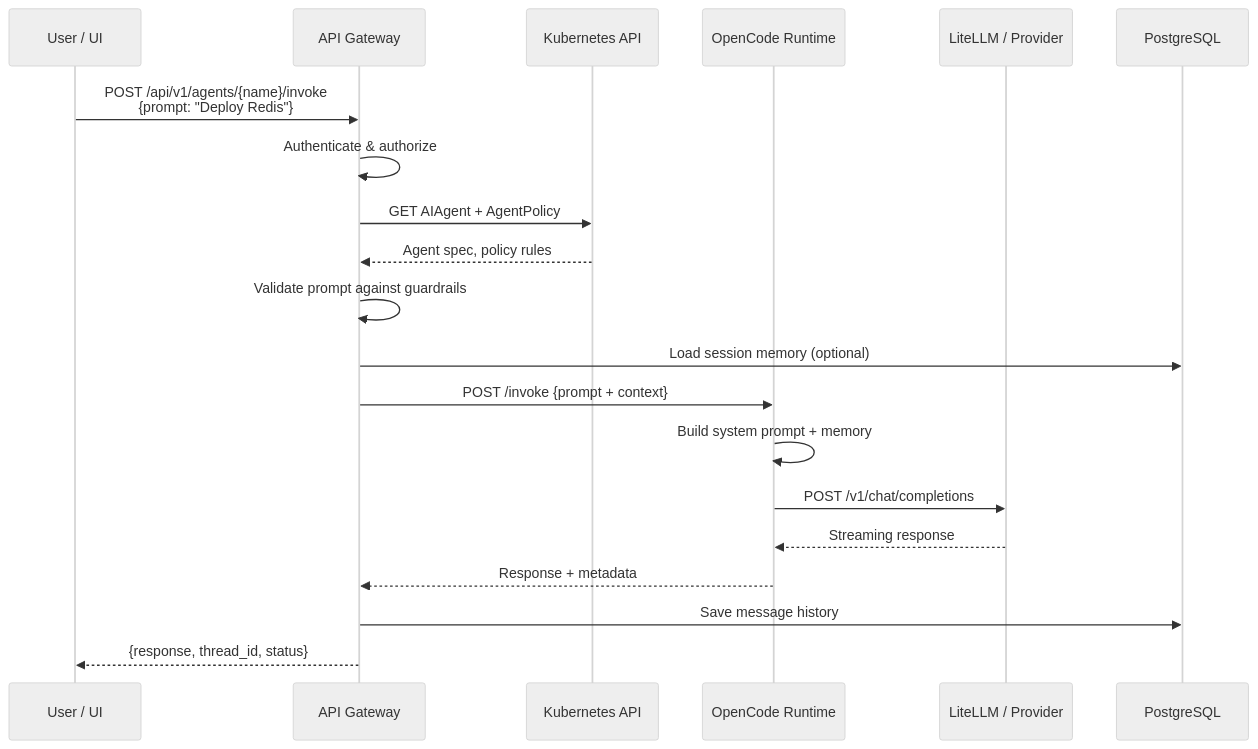
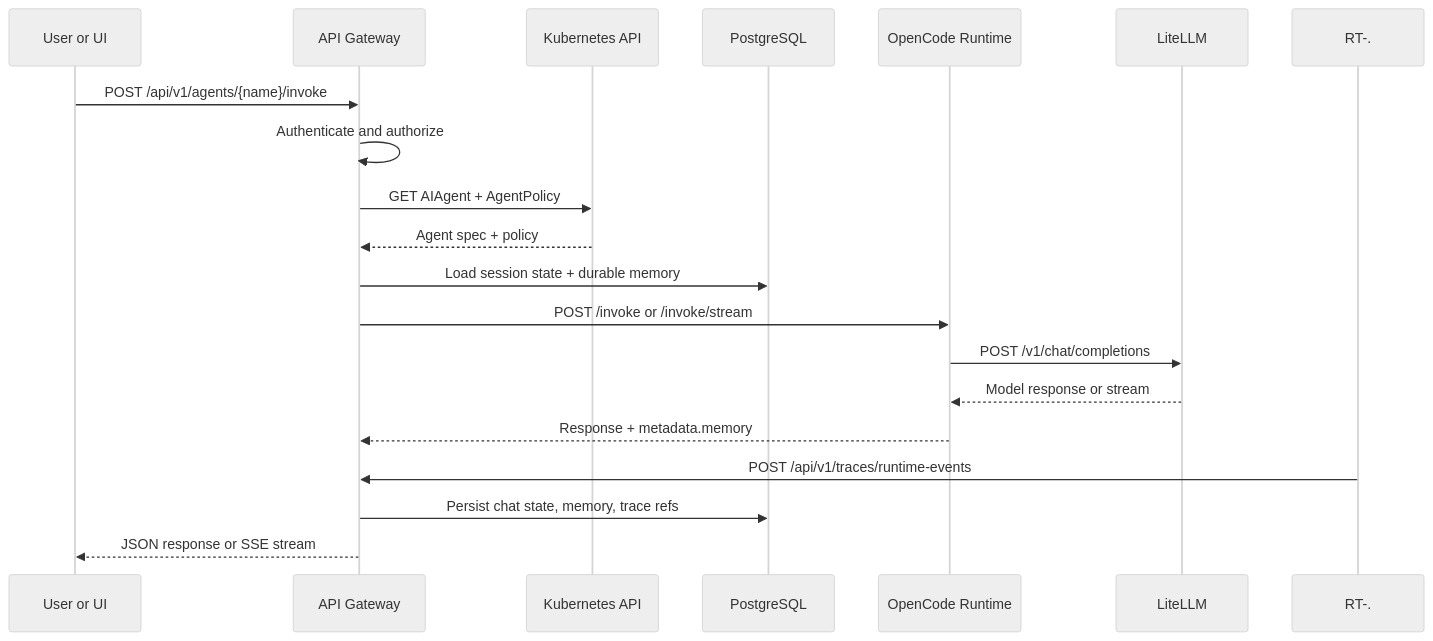
The third of 5 diagrams in docs/architecture.md (ykbytes/kubesynapse.ai), drawn with Mermaid (neutral theme) before and after one commit. The commit also changed other lines of this file and 86 other files, not shown here.

````diff
--- a/docs/architecture.md
+++ b/docs/architecture.md
@@ -183,23 +269,22 @@
 ```mermaid
 sequenceDiagram
-    participant U as User / UI
+    participant U as User or UI
     participant GW as API Gateway
     participant K8S as Kubernetes API
+    participant DB as PostgreSQL
     participant RT as OpenCode Runtime
-    participant LLM as LiteLLM / Provider
-    participant DB as PostgreSQL
+    participant LLM as LiteLLM
 
-    U->>GW: POST /api/v1/agents/{name}/invoke<br/>{prompt: "Deploy Redis"}
-    GW->>GW: Authenticate & authorize
+    U->>GW: POST /api/v1/agents/{name}/invoke
+    GW->>GW: Authenticate and authorize
     GW->>K8S: GET AIAgent + AgentPolicy
-    K8S-->>GW: Agent spec, policy rules
-    GW->>GW: Validate prompt against guardrails
-    GW->>DB: Load session memory (optional)
-    GW->>RT: POST /invoke {prompt + context}
-    RT->>RT: Build system prompt + memory
+    K8S-->>GW: Agent spec + policy
+    GW->>DB: Load session state + durable memory
+    GW->>RT: POST /invoke or /invoke/stream
     RT->>LLM: POST /v1/chat/completions
-    LLM-->>RT: Streaming response
-    RT-->>GW: Response + metadata
-    GW->>DB: Save message history
-    GW-->>U: {response, thread_id, status}
+    LLM-->>RT: Model response or stream
+    RT-->>GW: Response + metadata.memory
+    RT-.->>GW: POST /api/v1/traces/runtime-events
+    GW->>DB: Persist chat state, memory, trace refs
+    GW-->>U: JSON response or SSE stream
 ```
````
